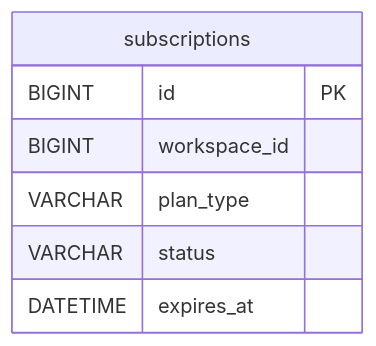
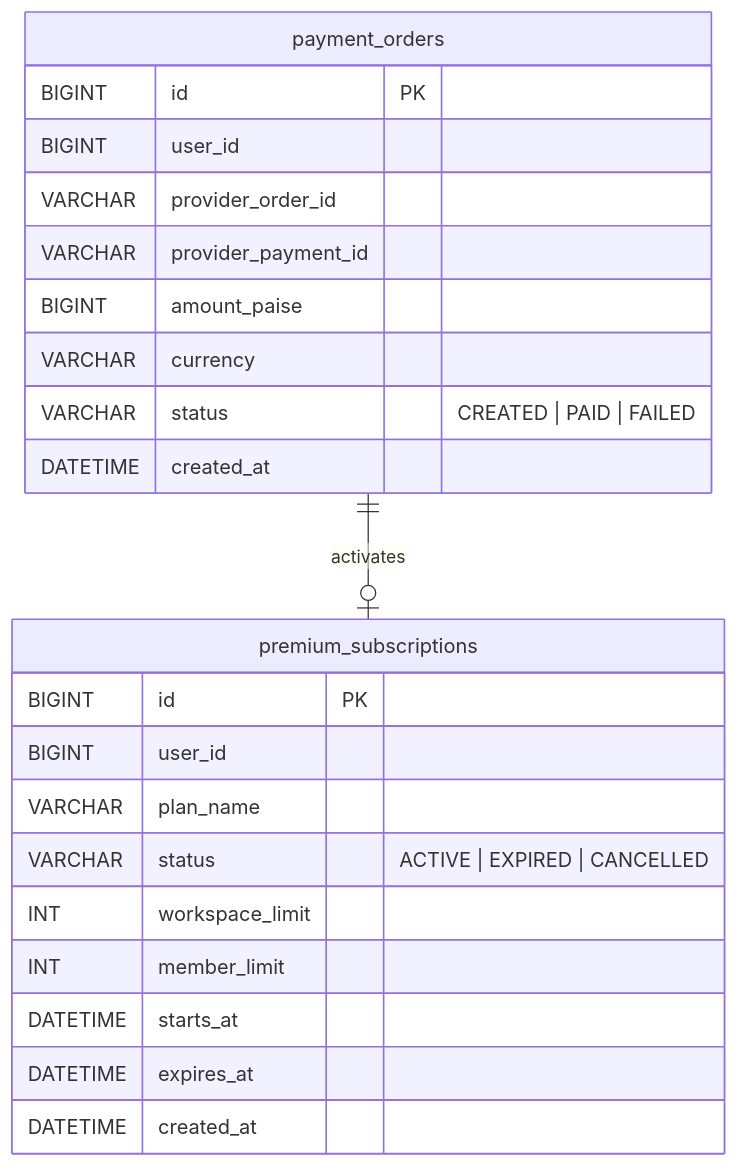
The first of 4 diagrams in docs/services/payment-service/diagrams.md (Prashant-kumar-sharma/FlowBoard-Backend), drawn with Mermaid before and after one commit. The commit also changed other lines of this file and 10 other files, not shown here.

Commit message:
[Prashant] : Added Diagrams for all the services

````diff
--- a/docs/services/payment-service/diagrams.md
+++ b/docs/services/payment-service/diagrams.md
@@ -4,10 +4,27 @@
 ```mermaid
 erDiagram
-    subscriptions {
+    payment_orders ||--o| premium_subscriptions : activates
+
+    payment_orders {
         BIGINT id PK
-        BIGINT workspace_id
-        VARCHAR plan_type
-        VARCHAR status
+        BIGINT user_id
+        VARCHAR provider_order_id
+        VARCHAR provider_payment_id
+        BIGINT amount_paise
+        VARCHAR currency
+        VARCHAR status "CREATED | PAID | FAILED"
+        DATETIME created_at
+    }
+
+    premium_subscriptions {
+        BIGINT id PK
+        BIGINT user_id
+        VARCHAR plan_name
+        VARCHAR status "ACTIVE | EXPIRED | CANCELLED"
+        INT workspace_limit
+        INT member_limit
+        DATETIME starts_at
         DATETIME expires_at
+        DATETIME created_at
     }
 ```
````
